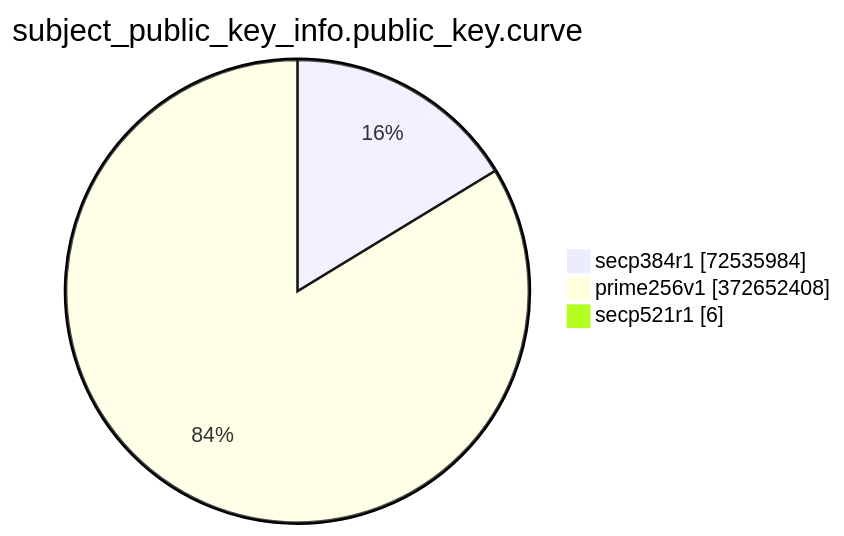
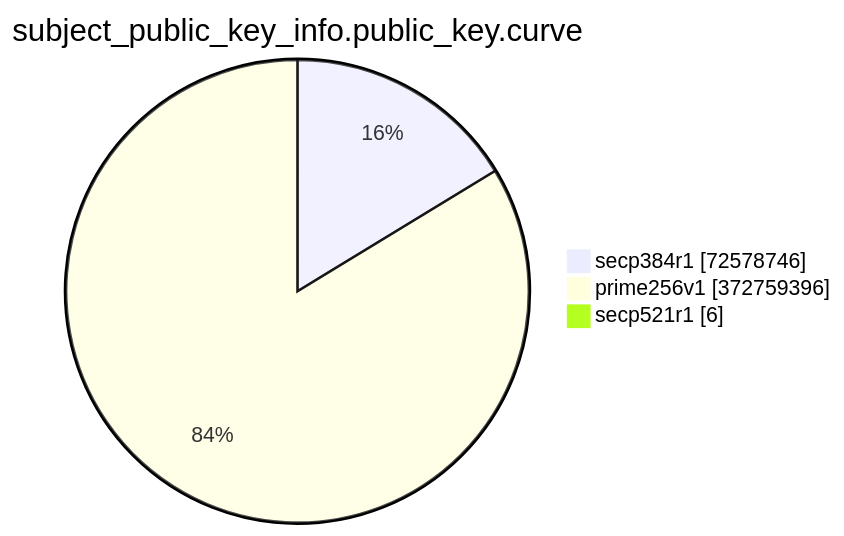
The eighth of 15 diagrams in TOTAL/README.md (christiankrug/ctmonitor_visualization), drawn with Mermaid before and after one commit. The commit also changed other lines of this file, not shown here.

````diff
--- a/TOTAL/README.md
+++ b/TOTAL/README.md
@@ -3092,7 +3092,7 @@
 ```mermaid
 pie showData
 title subject_public_key_info.public_key.curve
-"secp384r1" :72535984
-"prime256v1" :372652408
+"secp384r1" :72578746
+"prime256v1" :372759396
 "secp521r1" :6
 ```
````
